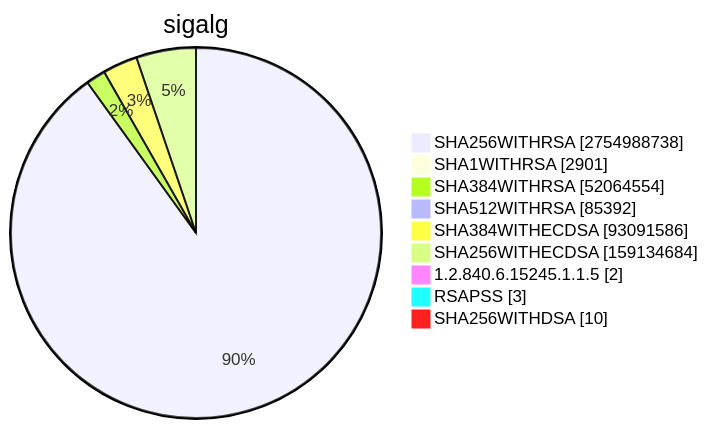
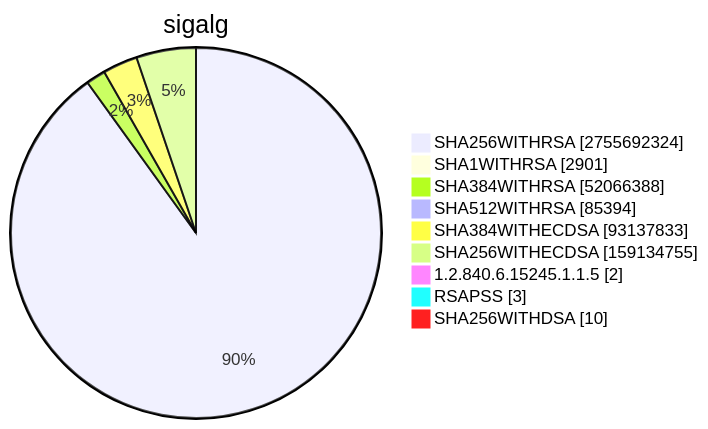
Before and after one commit to christiankrug/ctmonitor_visualization: diagram 15 of 15 in TOTAL/README.md, drawn with Mermaid. The commit also changed other lines of this file, not shown here.

````diff
--- a/TOTAL/README.md
+++ b/TOTAL/README.md
@@ -6205,13 +6205,13 @@
 ```mermaid
 pie showData
 title sigalg
-"SHA256WITHRSA" :2754988738
+"SHA256WITHRSA" :2755692324
 "SHA1WITHRSA" :2901
-"SHA384WITHRSA" :52064554
-"SHA512WITHRSA" :85392
-"SHA384WITHECDSA" :93091586
-"SHA256WITHECDSA" :159134684
+"SHA384WITHRSA" :52066388
+"SHA512WITHRSA" :85394
+"SHA384WITHECDSA" :93137833
+"SHA256WITHECDSA" :159134755
 "1.2.840.6.15245.1.1.5" :2
 "RSAPSS" :3
 "SHA256WITHDSA" :10
 ```
````
